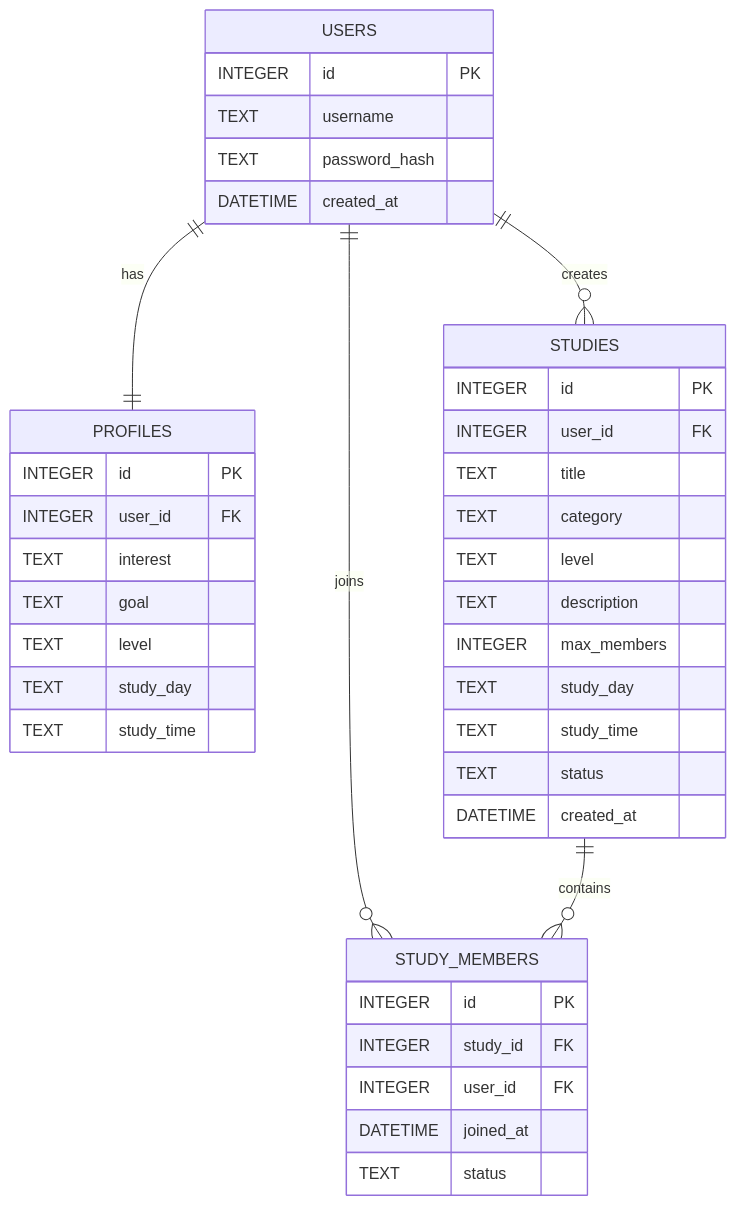
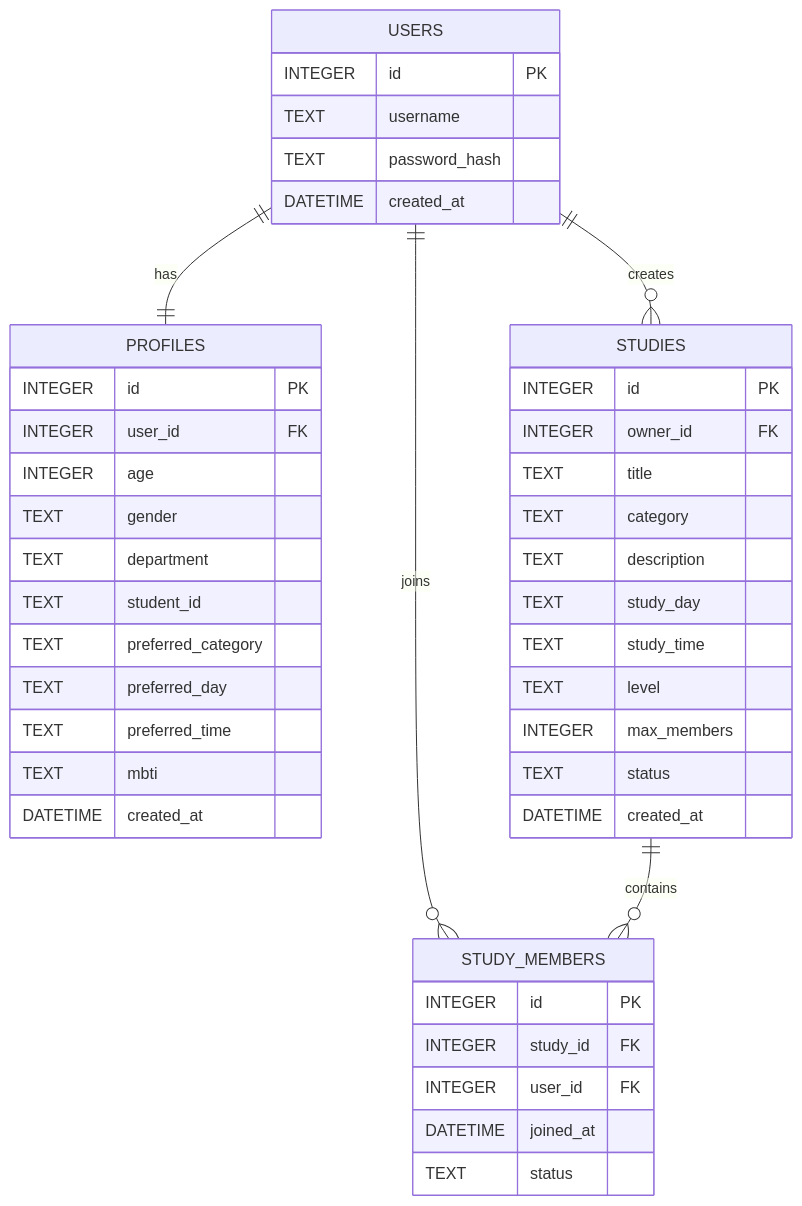
One commit to 22junreal/study-matching-system changed the diagram in README.md. Above: the diagram before and after it, drawn with Mermaid. The commit also changed other lines of this file, not shown here.

````diff
--- a/README.md
+++ b/README.md
@@ -140,46 +140,50 @@
 ```mermaid
 erDiagram
     USERS ||--|| PROFILES : has
     USERS ||--o{ STUDIES : creates
     USERS ||--o{ STUDY_MEMBERS : joins
     STUDIES ||--o{ STUDY_MEMBERS : contains
 
     USERS {
         INTEGER id PK
         TEXT username
         TEXT password_hash
         DATETIME created_at
     }
 
     PROFILES {
         INTEGER id PK
         INTEGER user_id FK
-        TEXT interest
-        TEXT goal
-        TEXT level
-        TEXT study_day
-        TEXT study_time
+        INTEGER age
+        TEXT gender
+        TEXT department
+        TEXT student_id
+        TEXT preferred_category
+        TEXT preferred_day
+        TEXT preferred_time
+        TEXT mbti
+        DATETIME created_at
     }
 
     STUDIES {
         INTEGER id PK
-        INTEGER user_id FK
+        INTEGER owner_id FK
         TEXT title
         TEXT category
-        TEXT level
         TEXT description
-        INTEGER max_members
         TEXT study_day
         TEXT study_time
+        TEXT level
+        INTEGER max_members
         TEXT status
         DATETIME created_at
     }
 
     STUDY_MEMBERS {
         INTEGER id PK
         INTEGER study_id FK
         INTEGER user_id FK
         DATETIME joined_at
         TEXT status
     }
 ```
````
